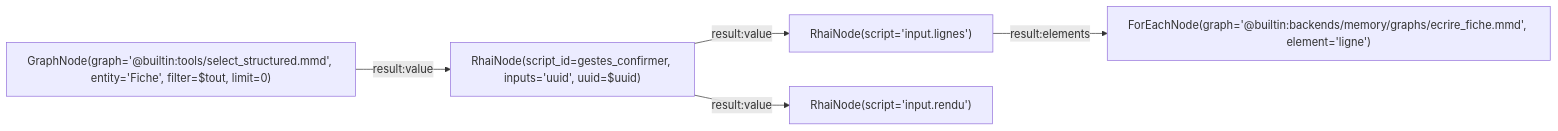
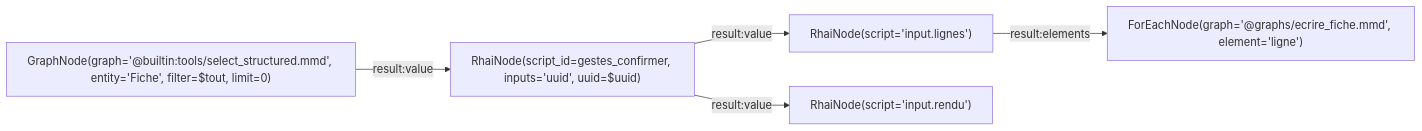
One commit to L-Defraiteur/rag3db changed the diagram in extension/rag3weaver/templates/backends/memory/graphs/confirmer_fiche.mmd. Above: the diagram before and after it, drawn with Mermaid. The commit also changed 20 other files, not shown here.

Commit message:
feat(memoire): le gabarit memory cite ses graphes et ses Plans sur disque (@graphs/, @plans/), versés dans le gabarit : une copie éditée change ce que l'appel joue et la version du gabarit ; @builtin: ne reste que pour les outils génériques du moteur (select_structured, search_structured)

```diff
--- a/extension/rag3weaver/templates/backends/memory/graphs/confirmer_fiche.mmd
+++ b/extension/rag3weaver/templates/backends/memory/graphs/confirmer_fiche.mmd
@@ -1,16 +1,16 @@
 %% tool: confirmer_fiche
 %% description: Confirme une fiche proposée, par son uuid (celui que donne la page de survol d'une passe de l'archiviste) : la transition accept, proposed → current, écrite avec la révision lue (l'auteur et la date, l'hôte les pose). Rend {uuid, name, state, revision} de la fiche écrite. Une fiche qui n'est pas proposée, ou un uuid inconnu, est refusé et le dit.
 %% param: uuid string! -- L'uuid de la fiche, tel que la page de survol le donne (le nom de son fichier sous fiches/).
 %% param: tout json = {} -- Réservé : le filtre vide de la sélection des fiches (le mermaid n'écrit pas d'objet littéral).
 %% result: rendu.result
 
 graph LR
     fiches["GraphNode(graph='@builtin:tools/select_structured.mmd', entity='Fiche', filter=$tout, limit=0)"]
     juger["RhaiNode(script_id=gestes_confirmer, inputs='uuid', uuid=$uuid)"]
     lignes["RhaiNode(script='input.lignes')"]
     rendu["RhaiNode(script='input.rendu')"]
-    ecrire["ForEachNode(graph='@builtin:backends/memory/graphs/ecrire_fiche.mmd', element='ligne')"]
+    ecrire["ForEachNode(graph='@graphs/ecrire_fiche.mmd', element='ligne')"]
     fiches -->|result:value| juger
     juger -->|result:value| lignes
     juger -->|result:value| rendu
     lignes -->|result:elements| ecrire
```
